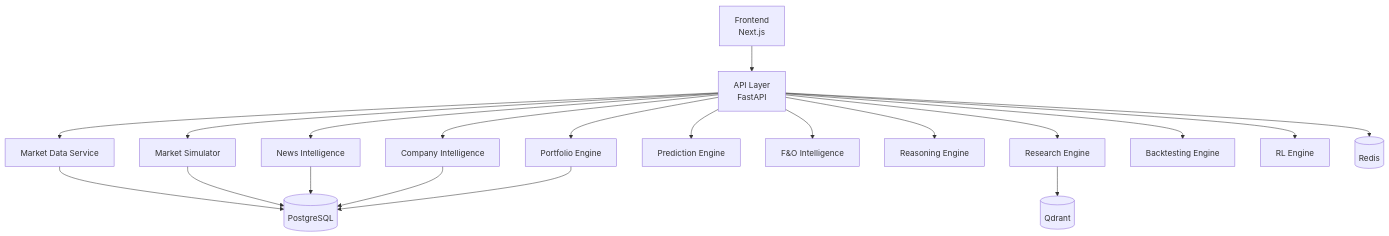
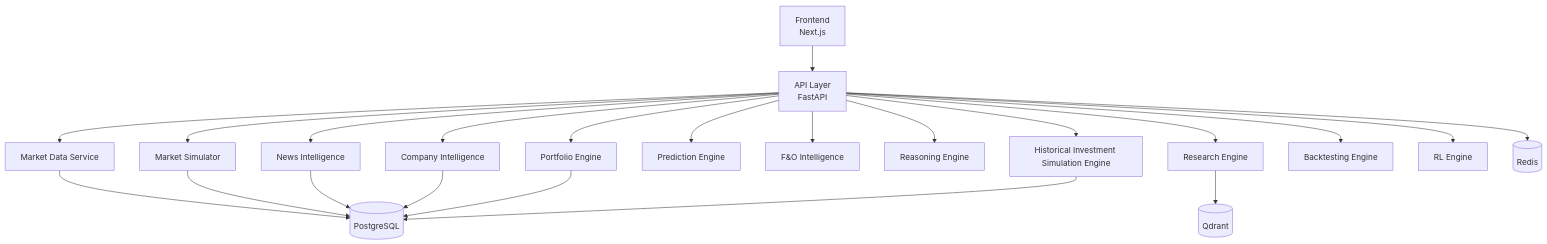
Before and after one commit to vishesh-banna0/prospera.ai: the first of 10 diagrams in PLAN.md, drawn with Mermaid. The commit also changed other lines of this file, not shown here.

````diff
--- a/PLAN.md
+++ b/PLAN.md
@@ -99,40 +102,43 @@
 ```mermaid
 flowchart TD
     FE[Frontend<br/>Next.js]
     API[API Layer<br/>FastAPI]
     MDS[Market Data Service]
     SIM[Market Simulator]
     NEWS[News Intelligence]
     RAG[Research Engine]
     CA[Company Intelligence]
     PRED[Prediction Engine]
     FO[F&O Intelligence]
     REASON[Reasoning Engine]
     PORT[Portfolio Engine]
+    HISTSIM[Historical Investment Simulation Engine]
     BACKTEST[Backtesting Engine]
     RL[RL Engine]
     PG[(PostgreSQL)]
     REDIS[(Redis)]
     QDRANT[(Qdrant)]
 
     FE --> API
     API --> MDS
     API --> SIM
     API --> NEWS
     API --> RAG
     API --> CA
     API --> PRED
     API --> FO
     API --> REASON
     API --> PORT
+    API --> HISTSIM
     API --> BACKTEST
     API --> RL
 
     MDS --> PG
     SIM --> PG
     NEWS --> PG
     CA --> PG
     PORT --> PG
+    HISTSIM --> PG
     API --> REDIS
     RAG --> QDRANT
 ```
````
